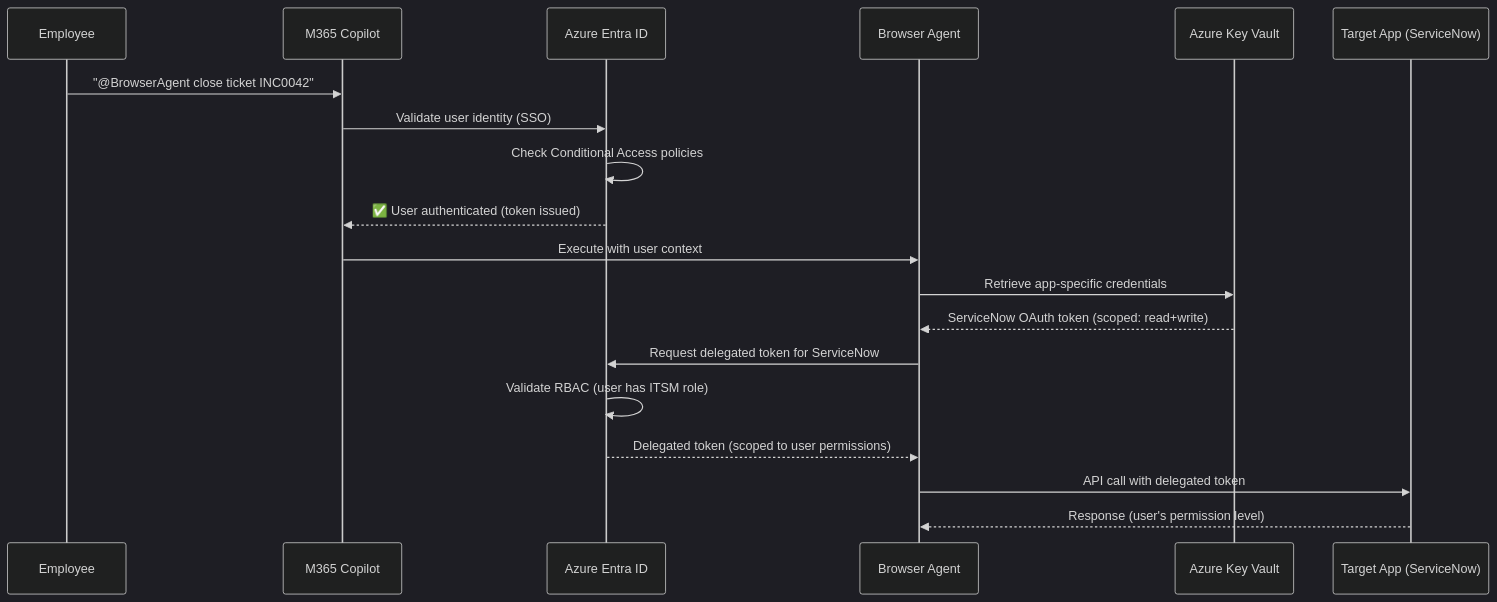
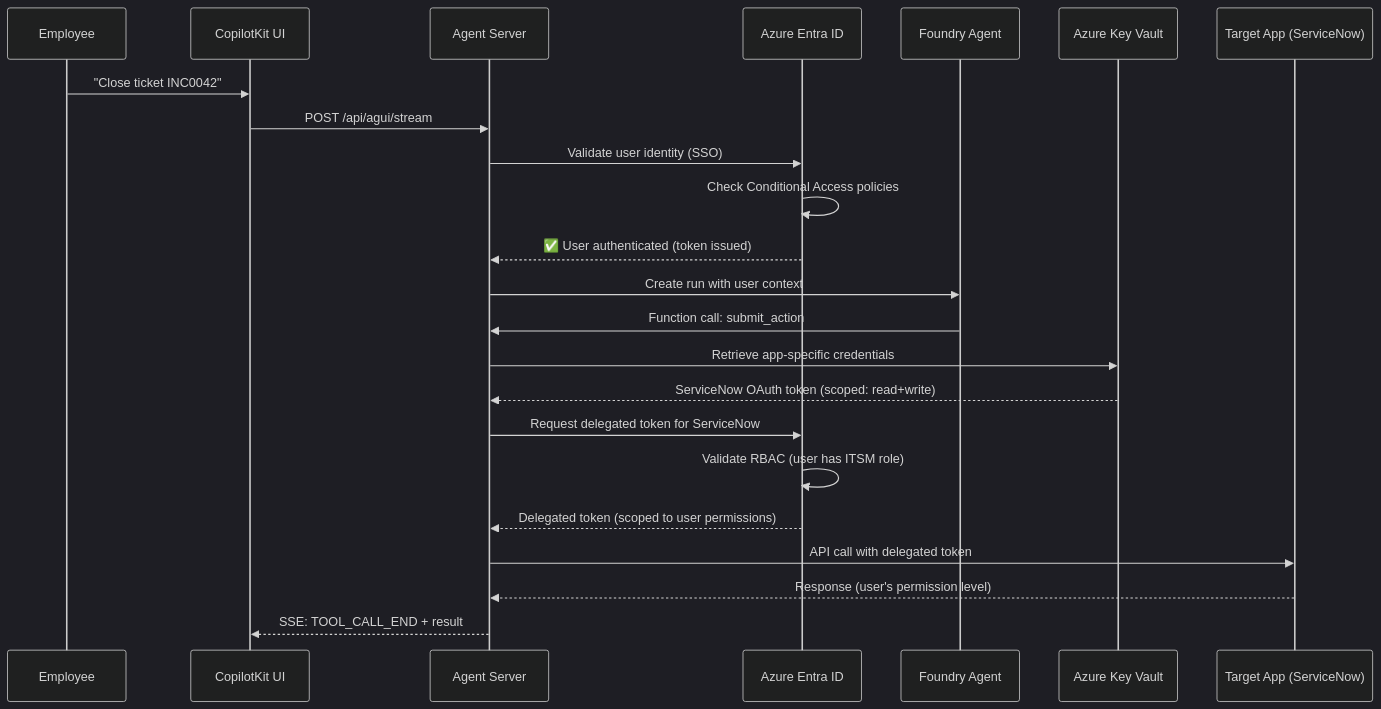
One commit to yjcmsft/Secure-Enterprise-Browser-Agentic-System changed the fourth of 5 diagrams in agents.md. Above: the diagram before and after it, drawn with Mermaid (dark theme). The commit also changed other lines of this file and 16 other files, not shown here.

````diff
--- a/agents.md
+++ b/agents.md
@@ -312,25 +311,29 @@
 ```mermaid
 sequenceDiagram
     participant User as Employee
-    participant Copilot as M365 Copilot
+    participant Frontend as CopilotKit UI
+    participant Server as Agent Server
     participant Entra as Azure Entra ID
-    participant Agent as Browser Agent
+    participant Agent as Foundry Agent
     participant KV as Azure Key Vault
     participant App as Target App (ServiceNow)
 
-    User->>Copilot: "@BrowserAgent close ticket INC0042"
-    Copilot->>Entra: Validate user identity (SSO)
+    User->>Frontend: "Close ticket INC0042"
+    Frontend->>Server: POST /api/agui/stream
+    Server->>Entra: Validate user identity (SSO)
     Entra->>Entra: Check Conditional Access policies
-    Entra-->>Copilot: ✅ User authenticated (token issued)
+    Entra-->>Server: ✅ User authenticated (token issued)
 
-    Copilot->>Agent: Execute with user context
-    Agent->>KV: Retrieve app-specific credentials
-    KV-->>Agent: ServiceNow OAuth token (scoped: read+write)
+    Server->>Agent: Create run with user context
+    Agent->>Server: Function call: submit_action
+    Server->>KV: Retrieve app-specific credentials
+    KV-->>Server: ServiceNow OAuth token (scoped: read+write)
 
-    Agent->>Entra: Request delegated token for ServiceNow
+    Server->>Entra: Request delegated token for ServiceNow
     Entra->>Entra: Validate RBAC (user has ITSM role)
-    Entra-->>Agent: Delegated token (scoped to user permissions)
+    Entra-->>Server: Delegated token (scoped to user permissions)
 
-    Agent->>App: API call with delegated token
-    App-->>Agent: Response (user's permission level)
+    Server->>App: API call with delegated token
+    App-->>Server: Response (user's permission level)
+    Server-->>Frontend: SSE: TOOL_CALL_END + result
 ```
````
